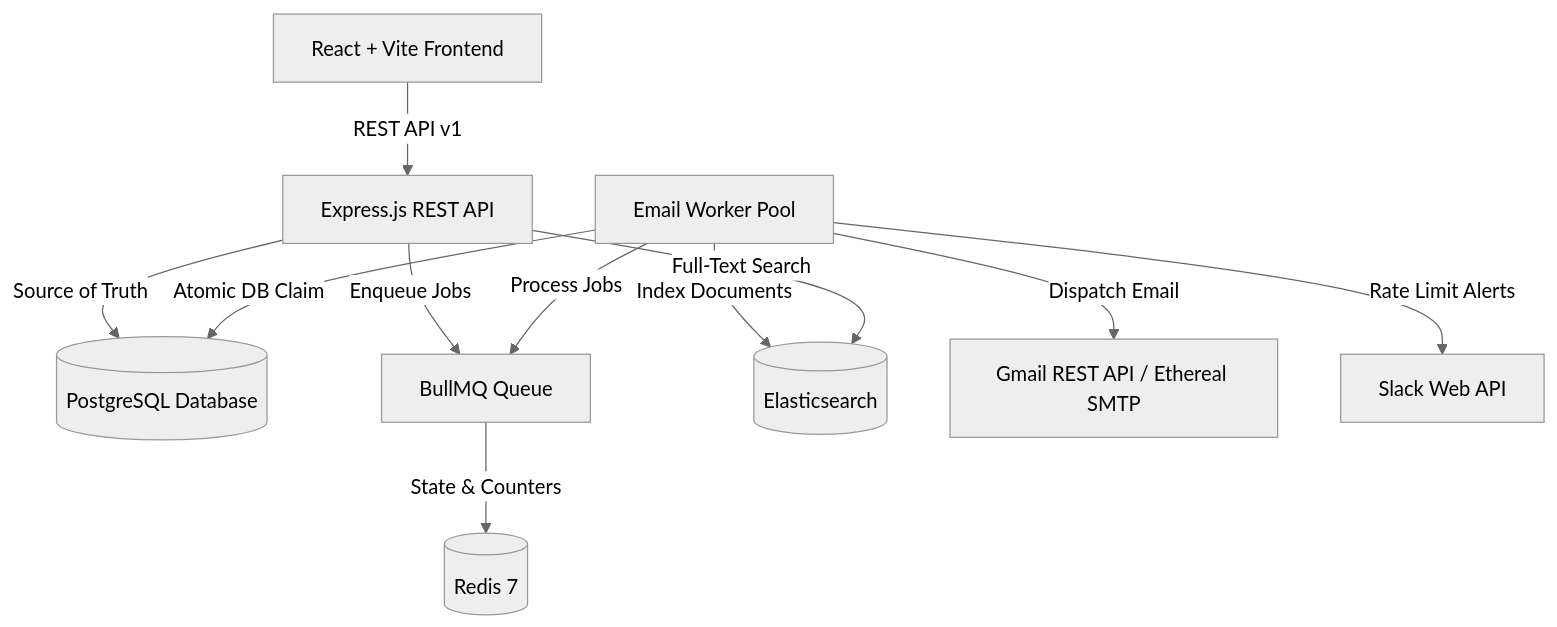
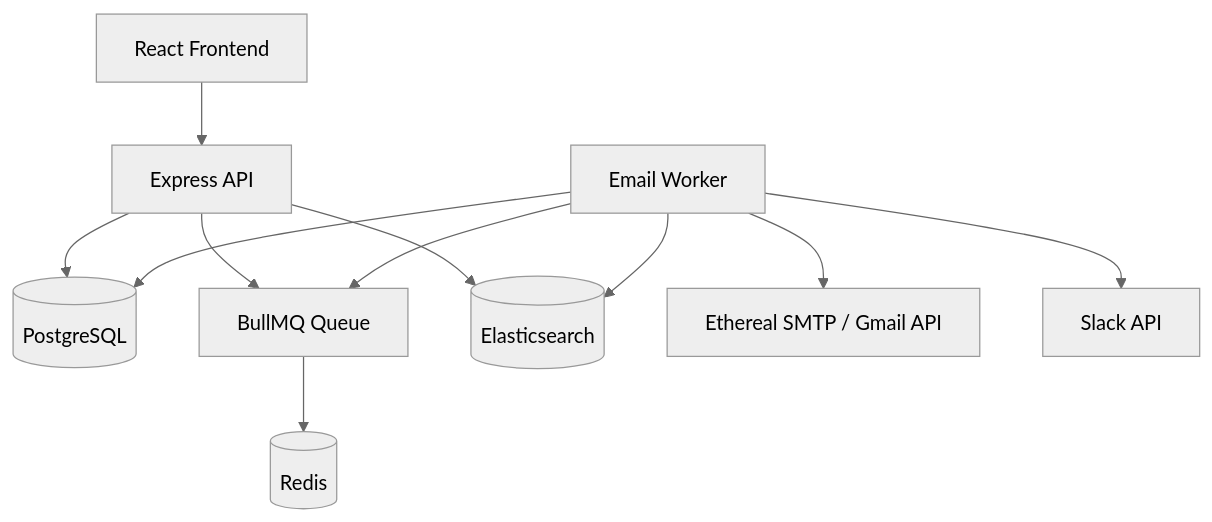
The diagram in README.md (EngHarshita/reachinbox-scheduler), drawn with Mermaid (neutral theme) before and after one commit. The commit also changed other lines of this file, not shown here.

````diff
--- a/README.md
+++ b/README.md
@@ -9,23 +13,23 @@
 ```mermaid
 flowchart TD
-    Client[React + Vite Frontend]
-    API[Express.js REST API]
-    DB[(PostgreSQL Database)]
-    Redis[(Redis 7)]
-    Queue[BullMQ Queue]
-    Worker[Email Worker Pool]
+    FE[React Frontend]
+    API[Express API]
+    DB[(PostgreSQL)]
+    Q[BullMQ Queue]
+    R[(Redis)]
+    W[Email Worker]
     ES[(Elasticsearch)]
-    Gmail[Gmail REST API / Ethereal SMTP]
-    Slack[Slack Web API]
+    MAIL[Ethereal SMTP / Gmail API]
+    SL[Slack API]
 
-    Client -->|REST API v1| API
-    API -->|Source of Truth| DB
-    API -->|Enqueue Jobs| Queue
-    Queue -->|State & Counters| Redis
-    Worker -->|Process Jobs| Queue
-    Worker -->|Atomic DB Claim| DB
-    Worker -->|Dispatch Email| Gmail
-    Worker -->|Index Documents| ES
-    Worker -->|Rate Limit Alerts| Slack
-    API -->|Full-Text Search| ES
+    FE --> API
+    API --> DB
+    API --> Q
+    Q --> R
+    W --> Q
+    W --> DB
+    W --> MAIL
+    API --> ES
+    W --> ES
+    W --> SL
 ```
````
